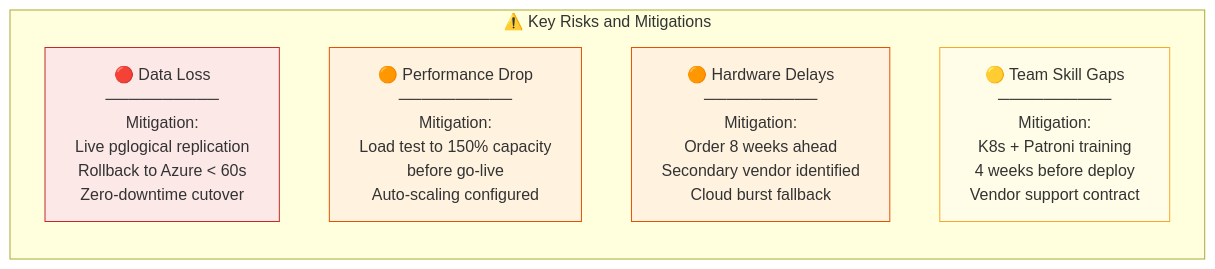
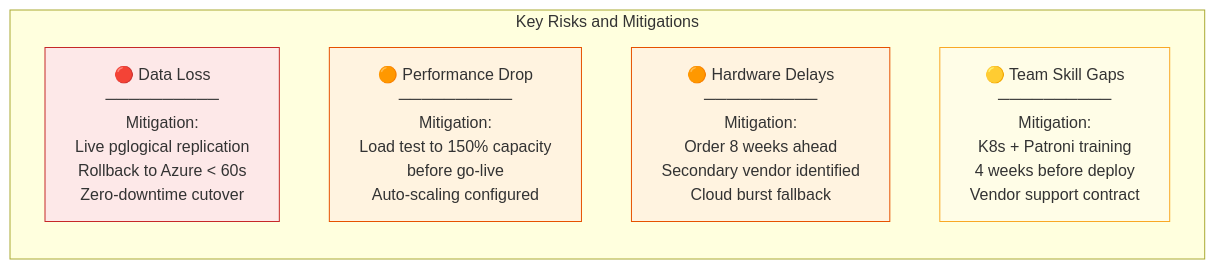
The third of 4 diagrams in docs/Presentation/01-Executive-Presentation.md (Shasi19/Azure-VxRail-VMware-Migration), drawn with Mermaid before and after one commit. The commit also changed other lines of this file and 7 other files, not shown here.

First line of the commit message:
Fix all remaining Mermaid render issues across all files

````diff
--- a/docs/Presentation/01-Executive-Presentation.md
+++ b/docs/Presentation/01-Executive-Presentation.md
@@ -131,14 +131,14 @@
 ```mermaid
 graph LR
-    subgraph RISKS["⚠️ Key Risks and Mitigations"]
+    subgraph RISKS["Key Risks and Mitigations"]
         R1["🔴 Data Loss\n──────────\nMitigation:\nLive pglogical replication\nRollback to Azure < 60s\nZero-downtime cutover"]
         R2["🟠 Performance Drop\n──────────\nMitigation:\nLoad test to 150% capacity\nbefore go-live\nAuto-scaling configured"]
         R3["🟠 Hardware Delays\n──────────\nMitigation:\nOrder 8 weeks ahead\nSecondary vendor identified\nCloud burst fallback"]
         R4["🟡 Team Skill Gaps\n──────────\nMitigation:\nK8s + Patroni training\n4 weeks before deploy\nVendor support contract"]
     end
 
     style R1 fill:#fde8e8,stroke:#c62828
     style R2 fill:#fff3e0,stroke:#e65100
     style R3 fill:#fff3e0,stroke:#e65100
     style R4 fill:#fffde7,stroke:#f9a825
 ```
````
